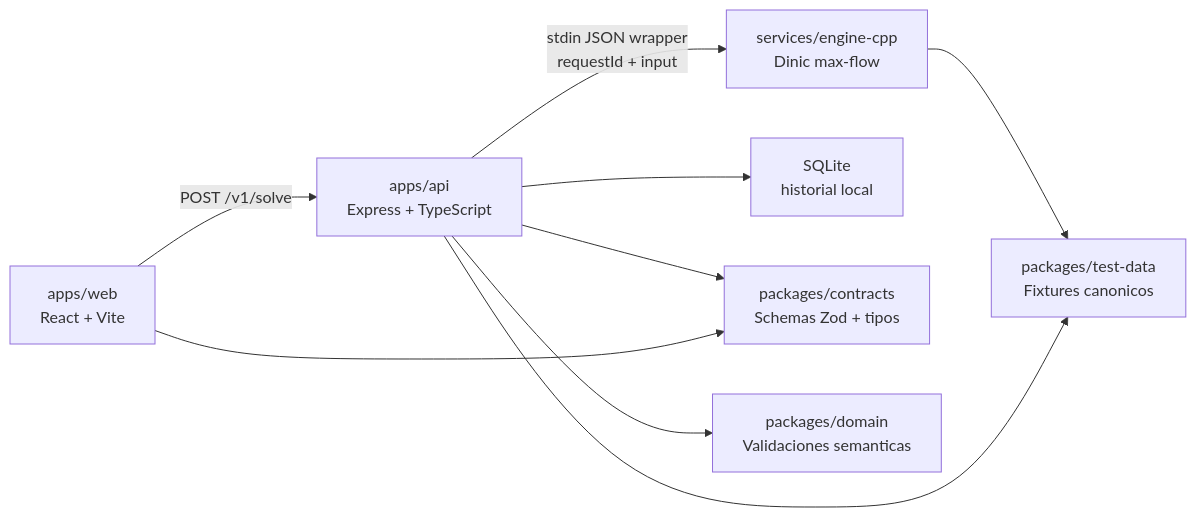
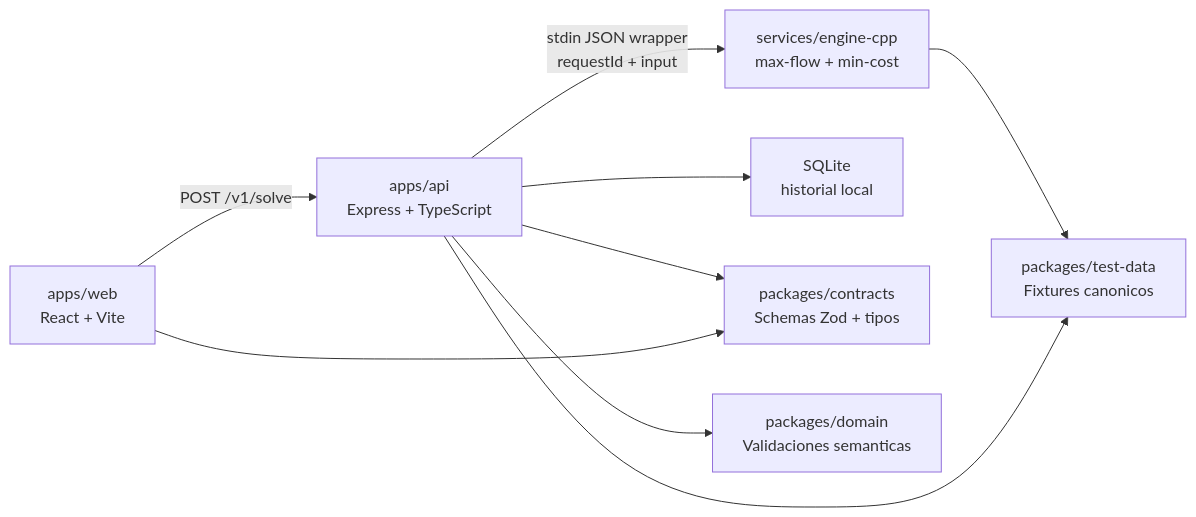
The diagram in README.md (nardos322/max-flow-optimizer), drawn with Mermaid before and after one commit. The commit also changed other lines of this file and 3 other files, not shown here.

````diff
--- a/README.md
+++ b/README.md
@@ -87,11 +91,11 @@
 ```mermaid
 flowchart LR
   UI["apps/web<br/>React + Vite"] -->|"POST /v1/solve"| API["apps/api<br/>Express + TypeScript"]
-  API -->|"stdin JSON wrapper<br/>requestId + input"| ENGINE["services/engine-cpp<br/>Dinic max-flow"]
+  API -->|"stdin JSON wrapper<br/>requestId + input"| ENGINE["services/engine-cpp<br/>max-flow + min-cost"]
   API --> SQLITE["SQLite<br/>historial local"]
   API --> CONTRACTS["packages/contracts<br/>Schemas Zod + tipos"]
   API --> DOMAIN["packages/domain<br/>Validaciones semanticas"]
   UI --> CONTRACTS
   ENGINE --> FIXTURES["packages/test-data<br/>Fixtures canonicos"]
   API --> FIXTURES
 ```
````
